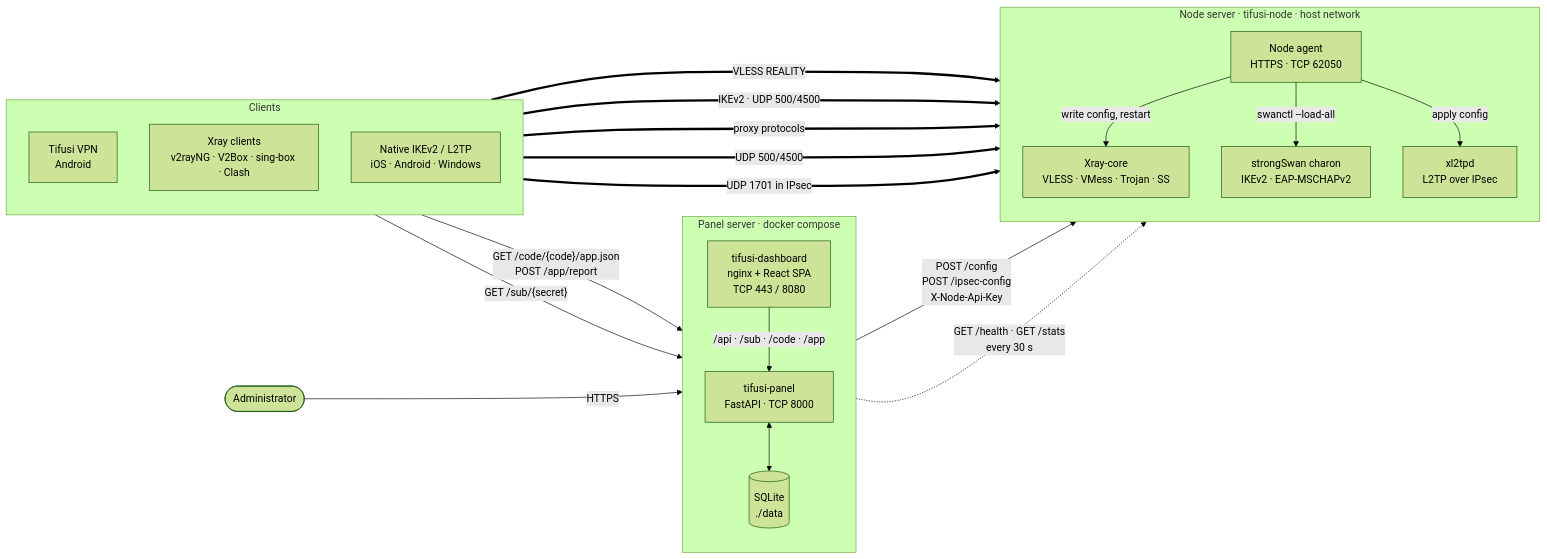
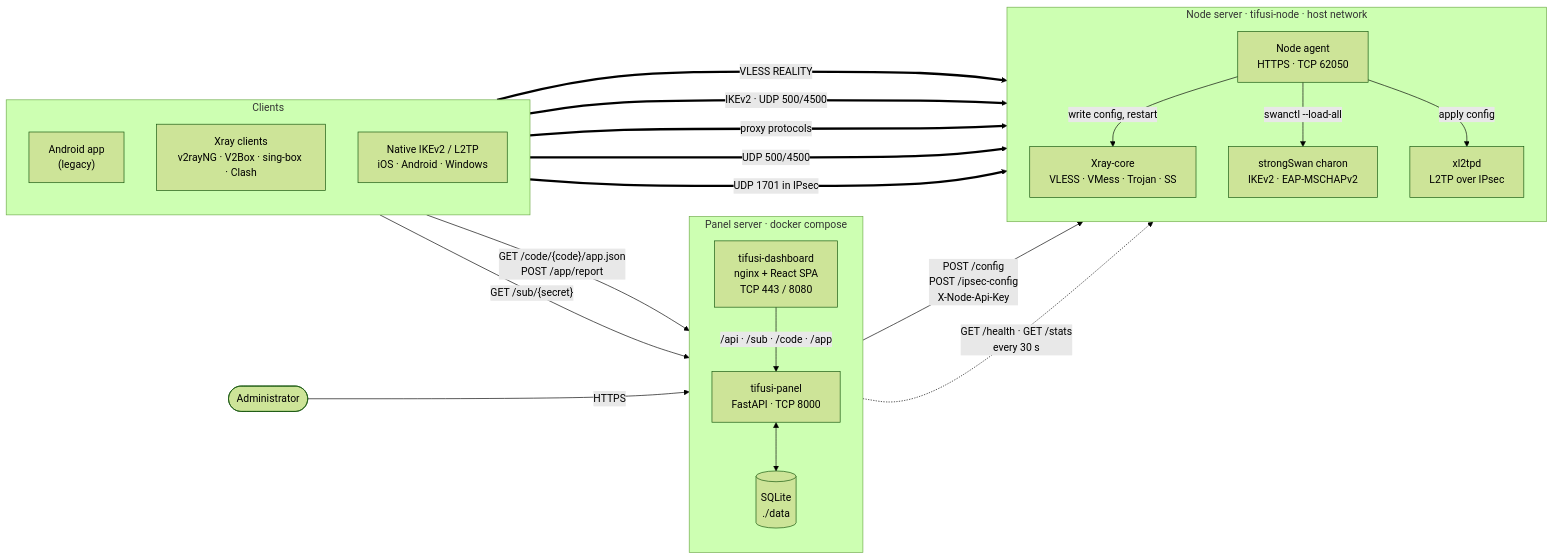
The first of 2 diagrams in docs/en/architecture.md (javadtifusi-eng/Tifusi-Panel), drawn with Mermaid (forest theme) before and after one commit. The commit also changed other lines of this file and 34 other files, not shown here.

First line of the commit message:
Retire the Tifusi VPN app from the panel's own pages

````diff
--- a/docs/en/architecture.md
+++ b/docs/en/architecture.md
@@ -7,43 +7,43 @@
 ```mermaid
 flowchart LR
     Admin(["Administrator"])
 
     subgraph PanelHost["Panel server · docker compose"]
         direction TB
         Dash["tifusi-dashboard<br/>nginx + React SPA<br/>TCP 443 / 8080"]
         API["tifusi-panel<br/>FastAPI · TCP 8000"]
         DB[("SQLite<br/>./data")]
         Dash -->|"/api · /sub · /code · /app"| API
         API <--> DB
     end
 
     subgraph NodeHost["Node server · tifusi-node · host network"]
         direction TB
         Agent["Node agent<br/>HTTPS · TCP 62050"]
         Xray["Xray-core<br/>VLESS · VMess · Trojan · SS"]
         Swan["strongSwan charon<br/>IKEv2 · EAP-MSCHAPv2"]
         L2TP["xl2tpd<br/>L2TP over IPsec"]
         Agent -->|"write config, restart"| Xray
         Agent -->|"swanctl --load-all"| Swan
         Agent -->|"apply config"| L2TP
     end
 
     subgraph Clients["Clients"]
         direction TB
-        App["Tifusi VPN<br/>Android"]
+        App["Android app<br/>(legacy)"]
         XC["Xray clients<br/>v2rayNG · V2Box · sing-box · Clash"]
         Native["Native IKEv2 / L2TP<br/>iOS · Android · Windows"]
     end
 
     Admin -->|"HTTPS"| Dash
     API -->|"POST /config<br/>POST /ipsec-config<br/>X-Node-Api-Key"| Agent
     API -.->|"GET /health · GET /stats<br/>every 30 s"| Agent
 
     App -->|"GET /code/{code}/app.json<br/>POST /app/report"| Dash
     XC -->|"GET /sub/{secret}"| Dash
     App ==>|"VLESS REALITY"| Xray
     App ==>|"IKEv2 · UDP 500/4500"| Swan
     XC ==>|"proxy protocols"| Xray
     Native ==>|"UDP 500/4500"| Swan
     Native ==>|"UDP 1701 in IPsec"| L2TP
 ```
````
